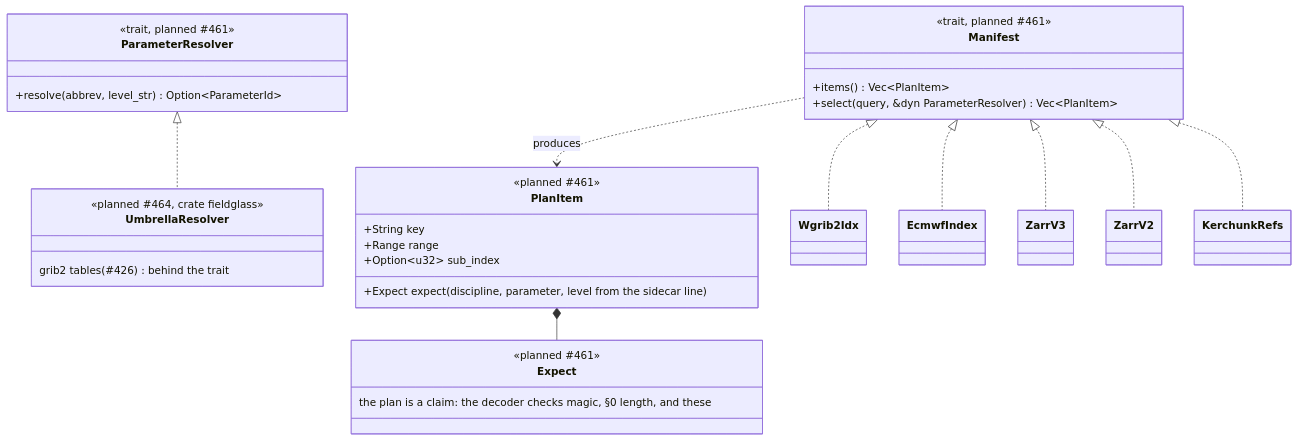
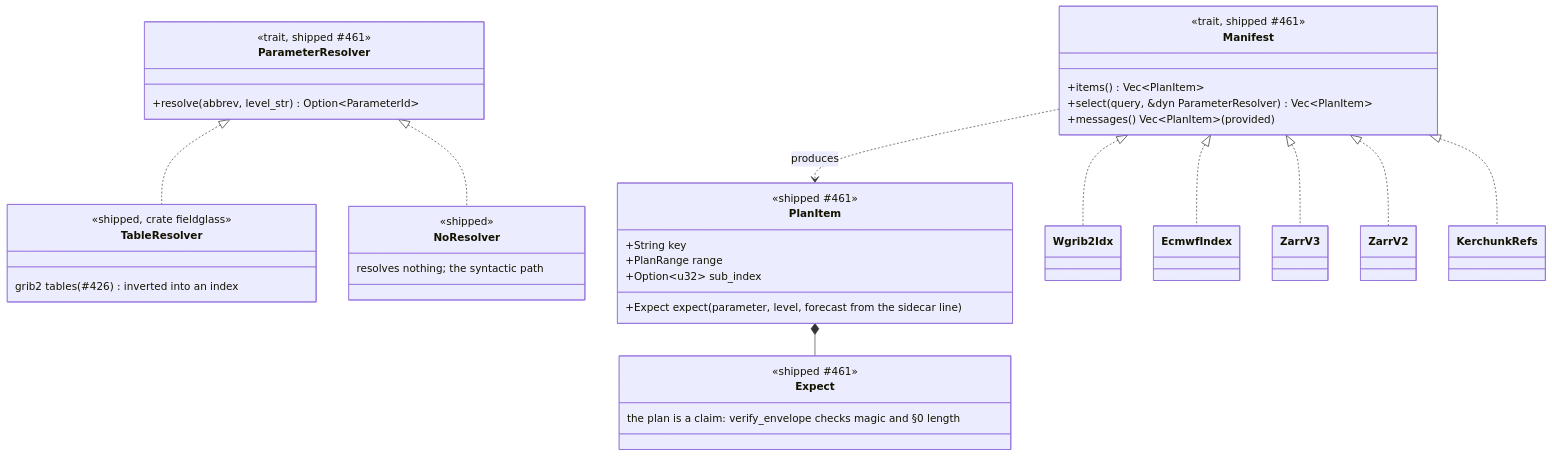
Before and after one commit to D0ubleD0uble/fieldglass: the third of 5 diagrams in docs/architecture/planned/02-trait-seams.md, drawn with Mermaid. The commit also changed other lines of this file and 12 other files, not shown here.

First line of the commit message:
feat(fieldglass, grib2): reach the planner from a host, and verify what it planned

````diff
--- a/docs/architecture/planned/02-trait-seams.md
+++ b/docs/architecture/planned/02-trait-seams.md
@@ -140,35 +164,41 @@
 ```mermaid
 classDiagram
     class Manifest {
-        <<trait, planned #461>>
+        <<trait, shipped #461>>
         +items() Vec~PlanItem~
         +select(query, &dyn ParameterResolver) Vec~PlanItem~
+        +messages() Vec~PlanItem~ (provided)
     }
     class ParameterResolver {
-        <<trait, planned #461>>
+        <<trait, shipped #461>>
         +resolve(abbrev, level_str) Option~ParameterId~
     }
-    class UmbrellaResolver {
-        <<planned #464, crate fieldglass>>
-        grib2 tables (#426) behind the trait
+    class TableResolver {
+        <<shipped, crate fieldglass>>
+        grib2 tables (#426) inverted into an index
     }
-    ParameterResolver <|.. UmbrellaResolver
+    class NoResolver {
+        <<shipped>>
+        resolves nothing; the syntactic path
+    }
+    ParameterResolver <|.. TableResolver
+    ParameterResolver <|.. NoResolver
     class PlanItem {
-        <<planned #461>>
+        <<shipped #461>>
         +String key
-        +Range range
+        +PlanRange range
         +Option~u32~ sub_index
-        +Expect expect (discipline, parameter, level from the sidecar line)
+        +Expect expect (parameter, level, forecast from the sidecar line)
     }
     class Expect {
-        <<planned #461>>
-        the plan is a claim: the decoder checks magic, §0 length, and these
+        <<shipped #461>>
+        the plan is a claim: verify_envelope checks magic and §0 length
     }
     Manifest <|.. Wgrib2Idx
     Manifest <|.. EcmwfIndex
     Manifest <|.. ZarrV3
     Manifest <|.. ZarrV2
     Manifest <|.. KerchunkRefs
     Manifest ..> PlanItem : produces
     PlanItem *-- Expect
 ```
````
